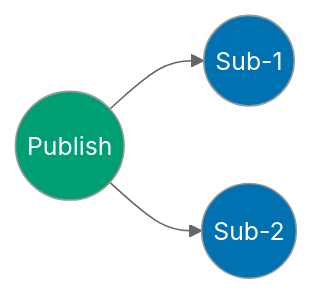
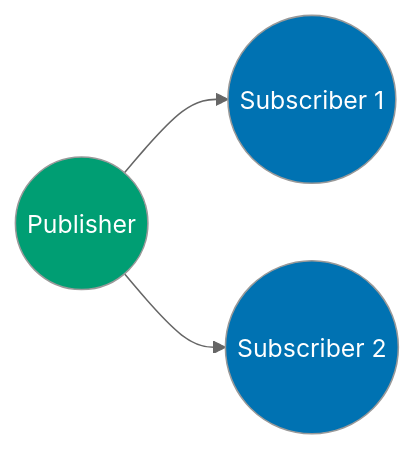
Before and after one commit to cardo-org/cardo-org.github.io: the second of 2 diagrams in python.qmd, drawn with Mermaid (neutral theme). The commit also changed other lines of this file and 6 other files, not shown here.

````diff
--- a/python.qmd
+++ b/python.qmd
@@ -109,8 +114,8 @@
 ```{mermaid}
 flowchart LR
-  C(("Publish")) --> S1((Sub-1))
-  C(("Publish")) --> S2((Sub-2))
+  C(("Publisher")) --> S1((Subscriber 1))
+  C --> S2((Subscriber 2))
   style C fill:#009E73, color:white
   style S1 fill:#0072B2, color:white
   style S2 fill:#0072B2, color:white
 ```
````
